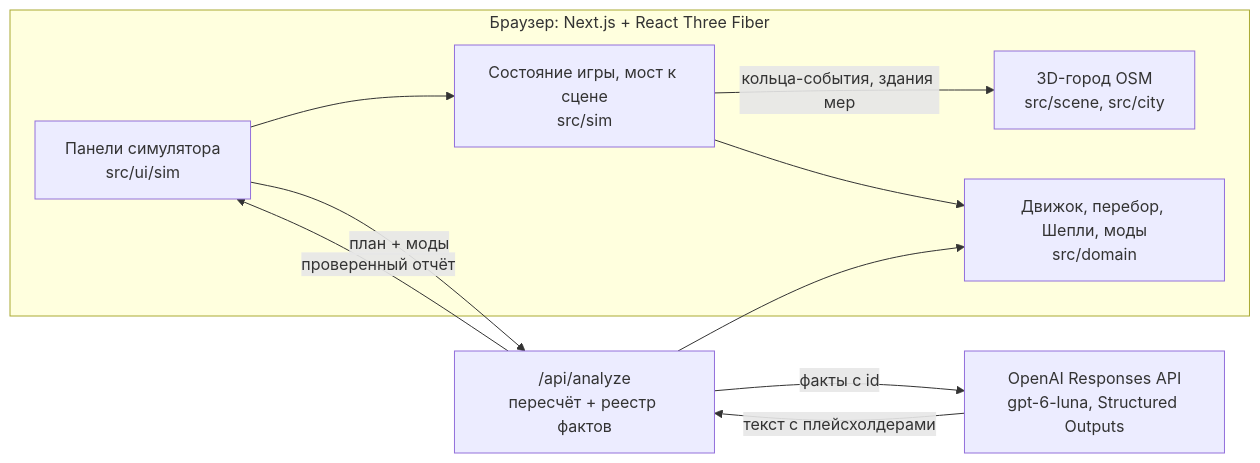
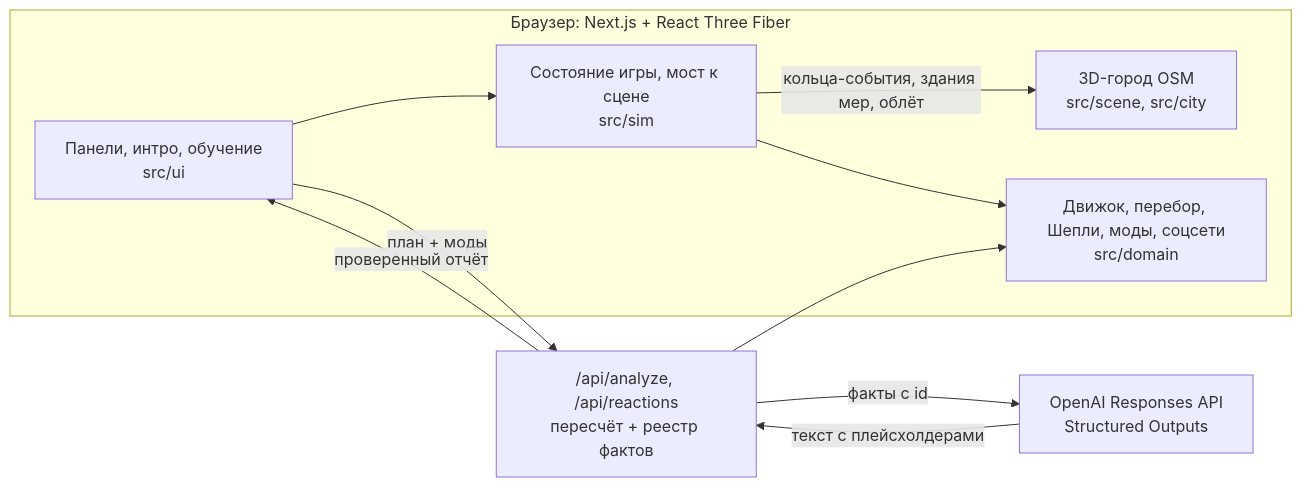
One commit to BAITC-Hacks/hack-614786e3-bolme changed the diagram in README.md. Above: the diagram before and after it, drawn with Mermaid. The commit also changed other lines of this file and 24 other files, not shown here.

````diff
--- a/README.md
+++ b/README.md
@@ -124,18 +201,18 @@
 ```mermaid
 flowchart LR
     subgraph Browser[Браузер: Next.js + React Three Fiber]
         MAP[3D-город OSM<br/>src/scene, src/city]
-        UI[Панели симулятора<br/>src/ui/sim]
+        UI[Панели, интро, обучение<br/>src/ui]
         SIM[Состояние игры, мост к сцене<br/>src/sim]
-        ENG[Движок, перебор, Шепли, моды<br/>src/domain]
+        ENG[Движок, перебор, Шепли, моды, соцсети<br/>src/domain]
     end
-    API["/api/analyze<br/>пересчёт + реестр фактов"]
-    GPT[OpenAI Responses API<br/>gpt-6-luna, Structured Outputs]
+    API["/api/analyze, /api/reactions<br/>пересчёт + реестр фактов"]
+    GPT[OpenAI Responses API<br/>Structured Outputs]
     UI --> SIM --> ENG
-    SIM -->|кольца-события, здания мер| MAP
+    SIM -->|кольца-события, здания мер, облёт| MAP
     UI -->|план + моды| API
     API --> ENG
     API -->|факты с id| GPT
     GPT -->|текст с плейсхолдерами| API
     API -->|проверенный отчёт| UI
 ```
````
